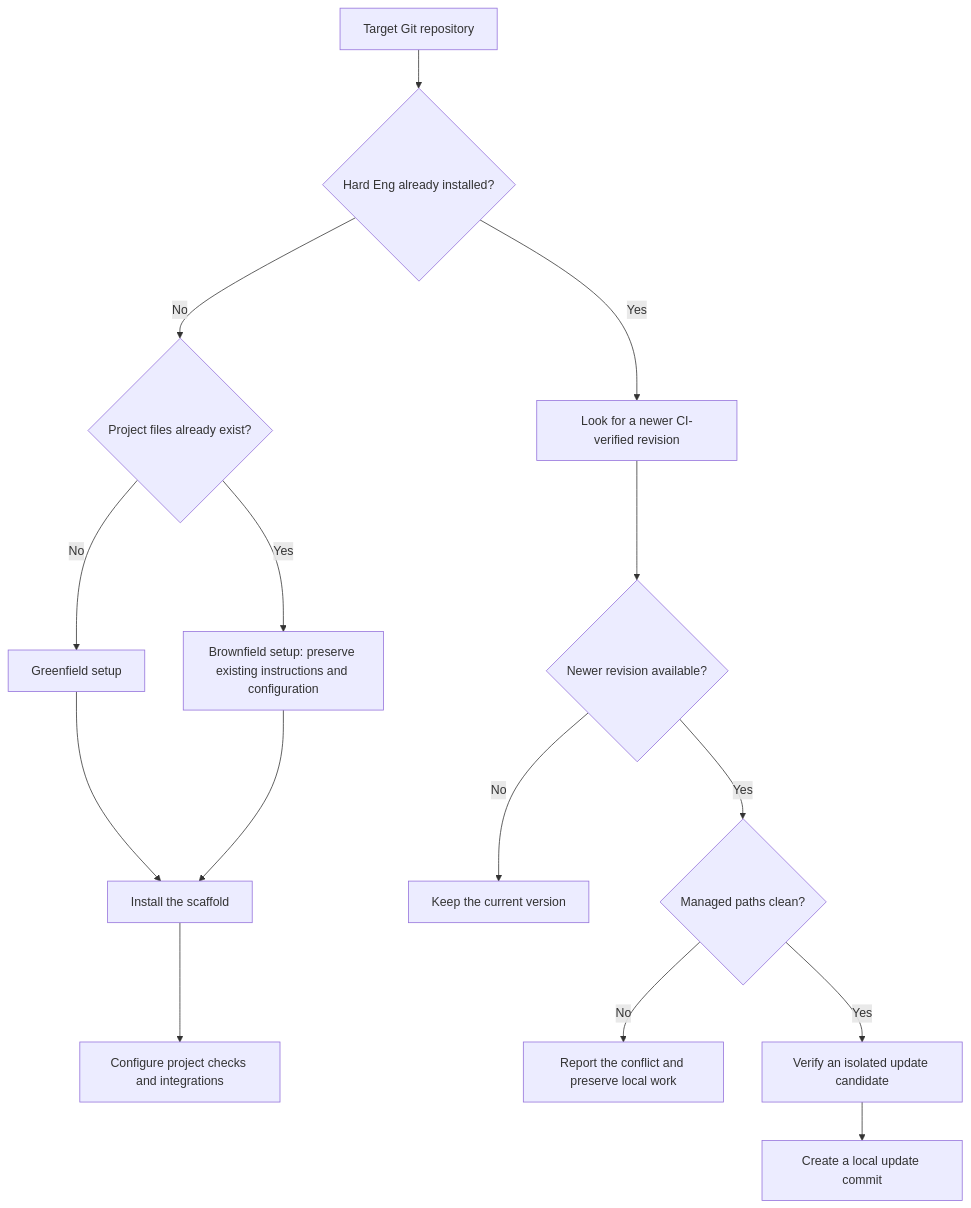
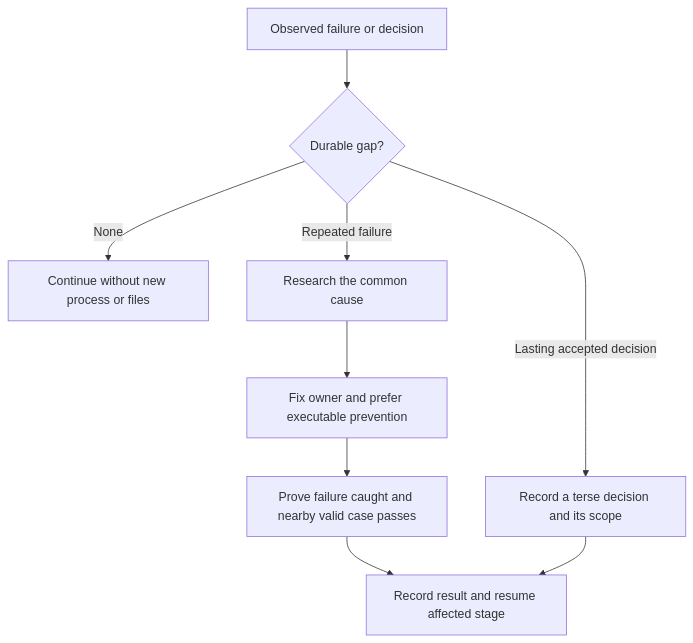
One commit to sgaabdu4/hard-eng changed the sixth of 7 diagrams in README.md. Above: the diagram before and after it, drawn with Mermaid. The commit also changed other lines of this file and 1 other file, not shown here.

Commit message:
Explain the complete workflow with sequential Mermaid diagrams

````diff
--- a/README.md
+++ b/README.md
@@ -214,17 +161,11 @@
 ```mermaid
 flowchart TD
-  A[Target Git repository] --> B{Hard Eng already installed?}
-  B -->|No| C{Project files already exist?}
-  C -->|No| D[Greenfield setup]
-  C -->|Yes| E[Brownfield setup: preserve existing instructions and configuration]
-  D --> F[Install the scaffold]
-  E --> F
-  F --> G[Configure project checks and integrations]
-  B -->|Yes| H[Look for a newer CI-verified revision]
-  H --> I{Newer revision available?}
-  I -->|No| J[Keep the current version]
-  I -->|Yes| K{Managed paths clean?}
-  K -->|No| L[Report the conflict and preserve local work]
-  K -->|Yes| M[Verify an isolated update candidate]
-  M --> N[Create a local update commit]
+  A[Observed failure or decision] --> B{Durable gap?}
+  B -->|None| C[Continue without new process or files]
+  B -->|Repeated failure| D[Research the common cause]
+  D --> E[Fix owner and prefer executable prevention]
+  E --> F[Prove failure caught and nearby valid case passes]
+  F --> G[Record result and resume affected stage]
+  B -->|Lasting accepted decision| H[Record a terse decision and its scope]
+  H --> G
 ```
````
